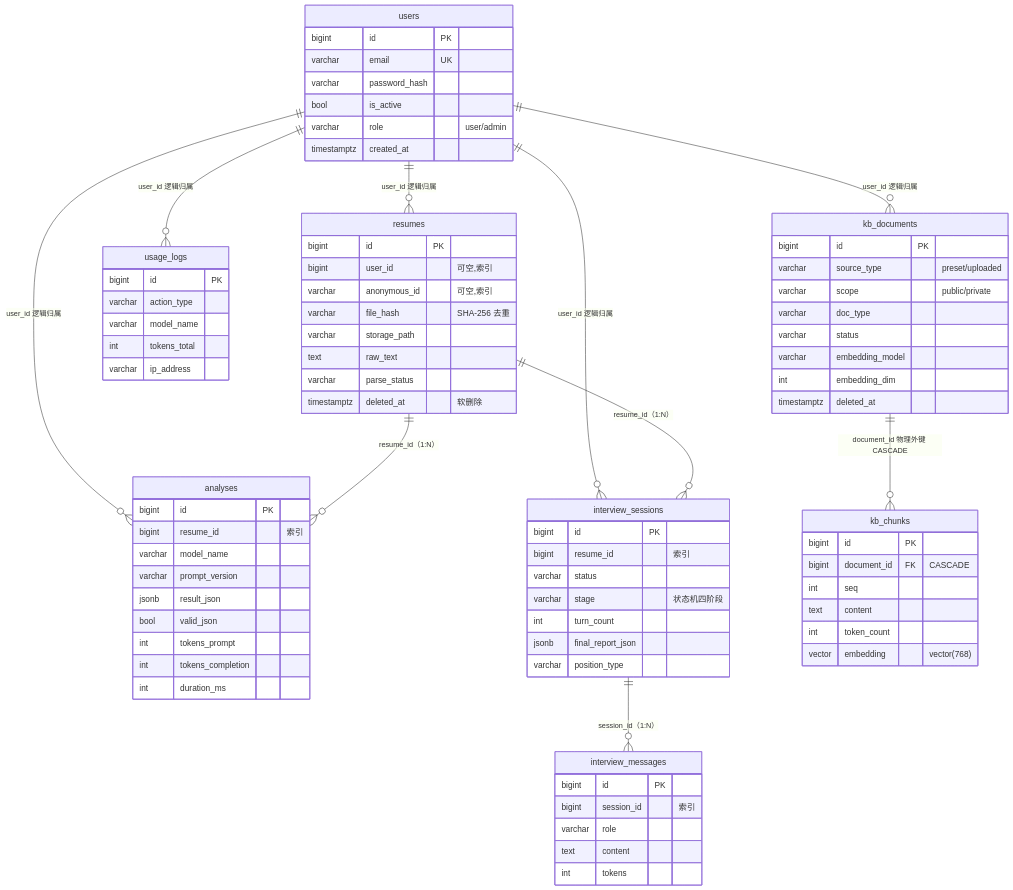
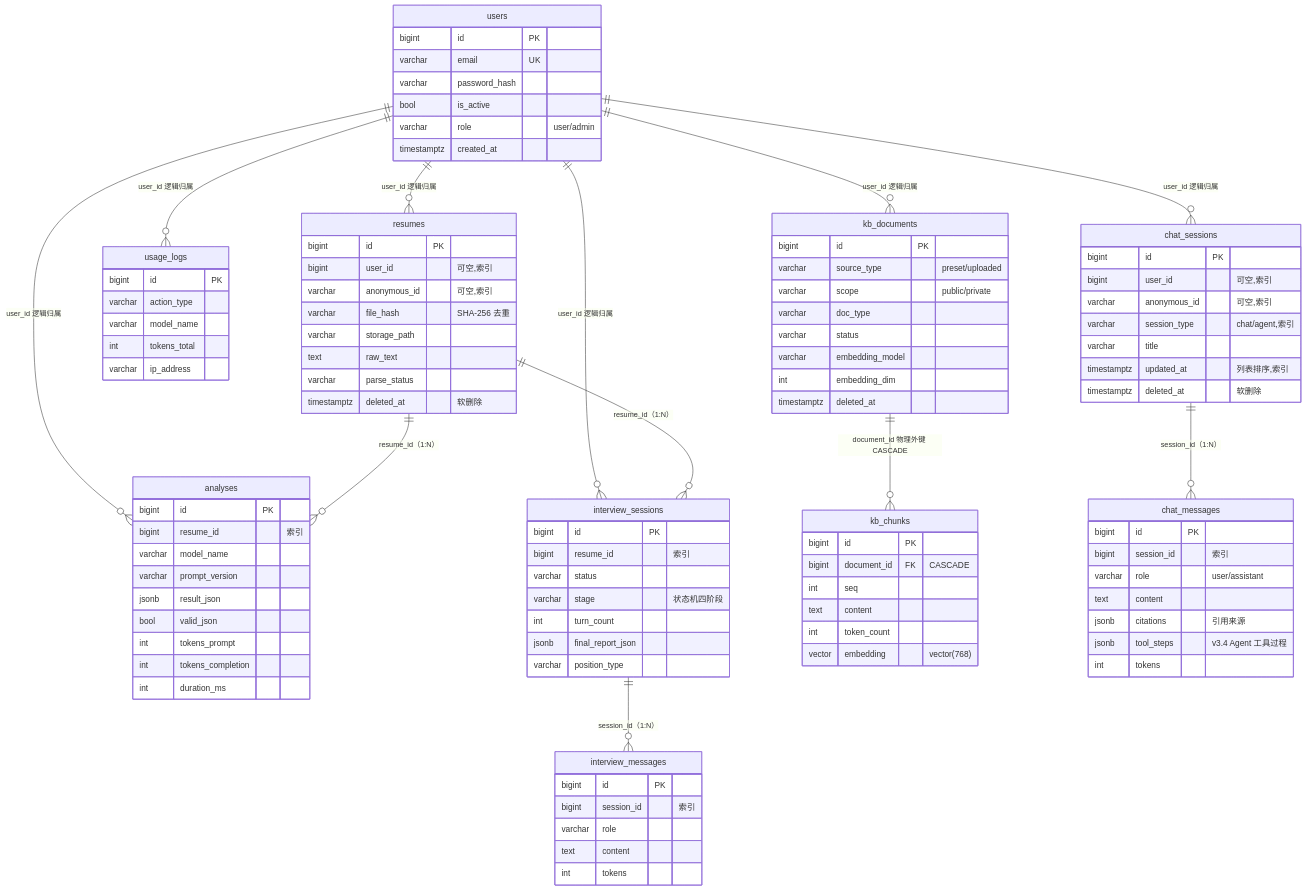
Before and after one commit to witwarmthhumor/AIResume-analysis-platform-AI-: the diagram in docs/database-schema.md, drawn with Mermaid. The commit also changed other lines of this file and 23 other files, not shown here.

First line of the commit message:
feat: v3.5 混合检索提优 + Agent 四工具 + 面试复盘雷达图 + 分析版本对比

````diff
--- a/docs/database-schema.md
+++ b/docs/database-schema.md
@@ -32,10 +34,12 @@
     users ||--o{ interview_sessions : "user_id 逻辑归属"
     users ||--o{ usage_logs : "user_id 逻辑归属"
     users ||--o{ kb_documents : "user_id 逻辑归属"
+    users ||--o{ chat_sessions : "user_id 逻辑归属"
     resumes ||--o{ analyses : "resume_id（1:N）"
     resumes ||--o{ interview_sessions : "resume_id（1:N）"
     interview_sessions ||--o{ interview_messages : "session_id（1:N）"
     kb_documents ||--o{ kb_chunks : "document_id 物理外键 CASCADE"
+    chat_sessions ||--o{ chat_messages : "session_id（1:N）"
 
     users {
         bigint id PK
@@ -107,4 +111,22 @@
         int tokens_total
         varchar ip_address
     }
+    chat_sessions {
+        bigint id PK
+        bigint user_id "可空,索引"
+        varchar anonymous_id "可空,索引"
+        varchar session_type "chat/agent,索引"
+        varchar title
+        timestamptz updated_at "列表排序,索引"
+        timestamptz deleted_at "软删除"
+    }
+    chat_messages {
+        bigint id PK
+        bigint session_id "索引"
+        varchar role "user/assistant"
+        text content
+        jsonb citations "引用来源"
+        jsonb tool_steps "v3.4 Agent 工具过程"
+        int tokens
+    }
 ```
````
